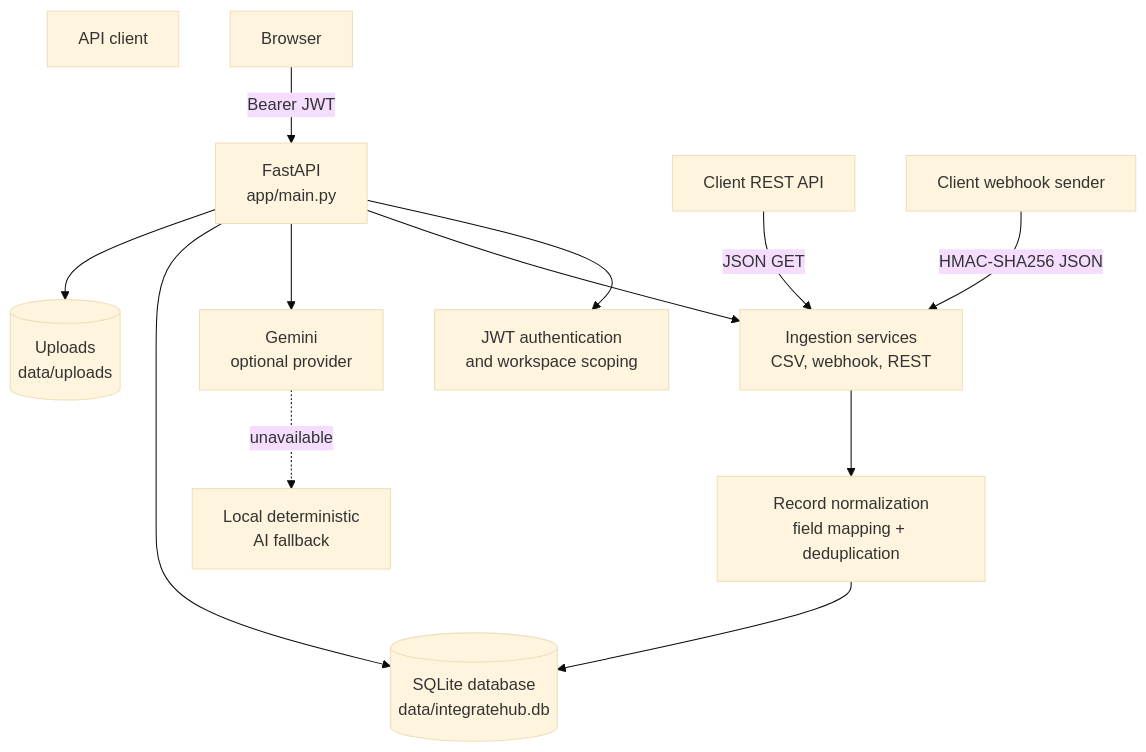
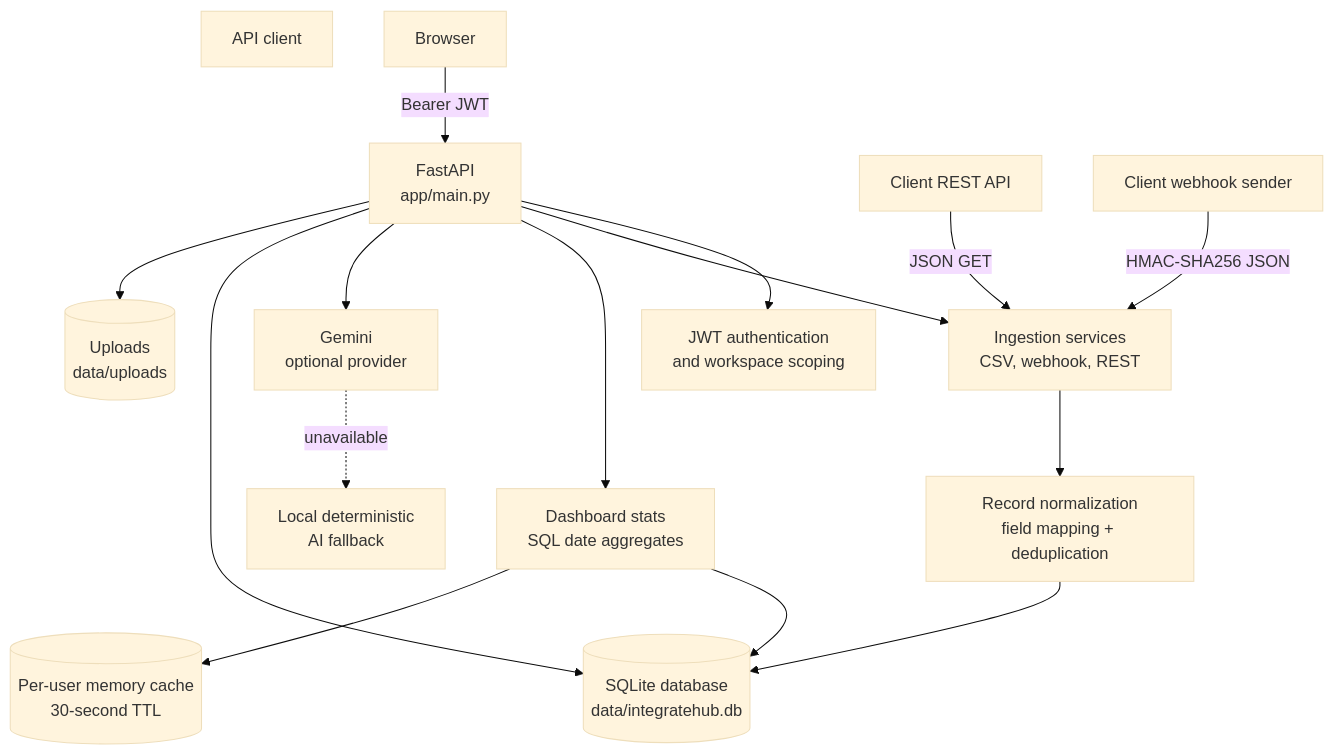
One commit to veer-bajpai/Integrate.Hub-AI-Powered-Data-Integration-Platform changed the diagram in docs/architecture.md. Above: the diagram before and after it, drawn with Mermaid (base theme). The commit also changed other lines of this file and 6 other files, not shown here.

````diff
--- a/docs/architecture.md
+++ b/docs/architecture.md
@@ -5,26 +5,31 @@
 ```mermaid
 flowchart TB
     Client[API client]
     API[FastAPI\napp/main.py]
     Auth[JWT authentication\nand workspace scoping]
     Ingest[Ingestion services\nCSV, webhook, REST]
+    Stats[Dashboard stats\nSQL date aggregates]
+    StatsCache[(Per-user memory cache\n30-second TTL)]
     Normalize[Record normalization\nfield mapping + deduplication]
     AI[Gemini\noptional provider]
     Fallback[Local deterministic\nAI fallback]
     SQLite[(SQLite database\ndata/integratehub.db)]
     Uploads[(Uploads\ndata/uploads)]
     RestSource[Client REST API]
     WebhookSource[Client webhook sender]
 
     Browser -->|Bearer JWT| API
     API --> Auth
     API --> Ingest
+    API --> Stats
+    Stats --> SQLite
+    Stats --> StatsCache
     API --> AI
     AI -. unavailable .-> Fallback
     Ingest --> Normalize
     Normalize --> SQLite
     API --> SQLite
     API --> Uploads
     RestSource -->|JSON GET| Ingest
     WebhookSource -->|HMAC-SHA256 JSON| Ingest
 ```
````
